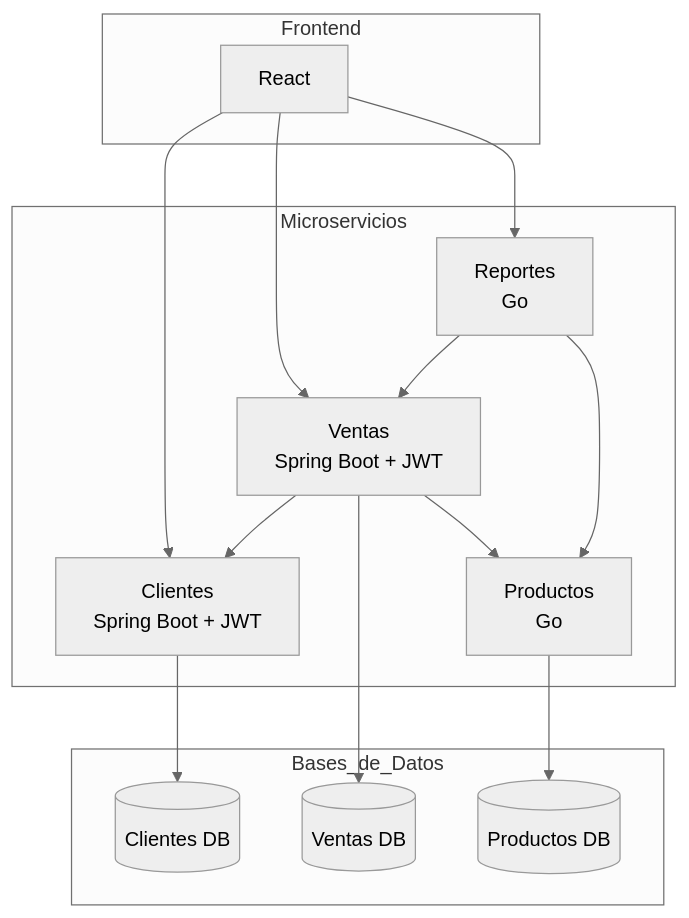
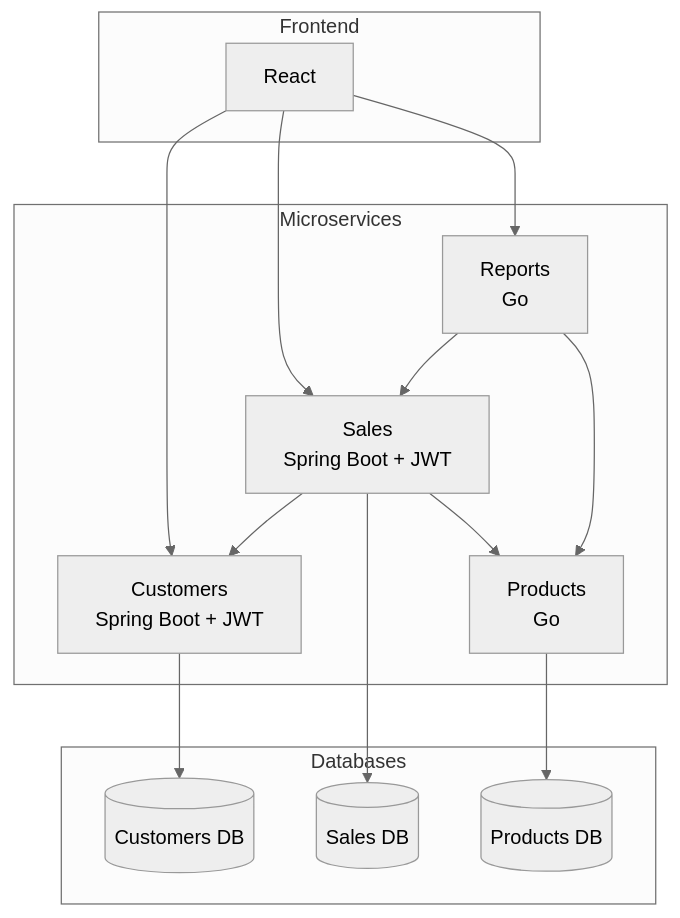
One commit to AsolanoT/sistemas-distribuidos-2026-b-g1 changed the diagram in 01-week/hu-status/pdr.md. Above: the diagram before and after it, drawn with Mermaid (neutral theme). The commit also changed other lines of this file and 1 other file, not shown here.

````diff
--- a/01-week/hu-status/pdr.md
+++ b/01-week/hu-status/pdr.md
@@ -53,34 +53,34 @@
 ```mermaid
 flowchart TB
 
     subgraph Frontend
         FE[React]
     end
 
-    subgraph Microservicios
-        C[Clientes<br/>Spring Boot + JWT]
-        V[Ventas<br/>Spring Boot + JWT]
-        P[Productos<br/>Go]
-        R[Reportes<br/>Go]
+    subgraph Microservices
+        C[Customers<br/>Spring Boot + JWT]
+        V[Sales<br/>Spring Boot + JWT]
+        P[Products<br/>Go]
+        R[Reports<br/>Go]
     end
 
-    subgraph Bases_de_Datos
-        DBC[(Clientes DB)]
-        DBV[(Ventas DB)]
-        DBP[(Productos DB)]
+    subgraph Databases
+        DBC[(Customers DB)]
+        DBV[(Sales DB)]
+        DBP[(Products DB)]
     end
 
     FE --> C
     FE --> V
     FE --> R
 
     C --> DBC
     V --> DBV
     P --> DBP
 
     V --> C
     V --> P
 
     R --> V
     R --> P
 ```
````
